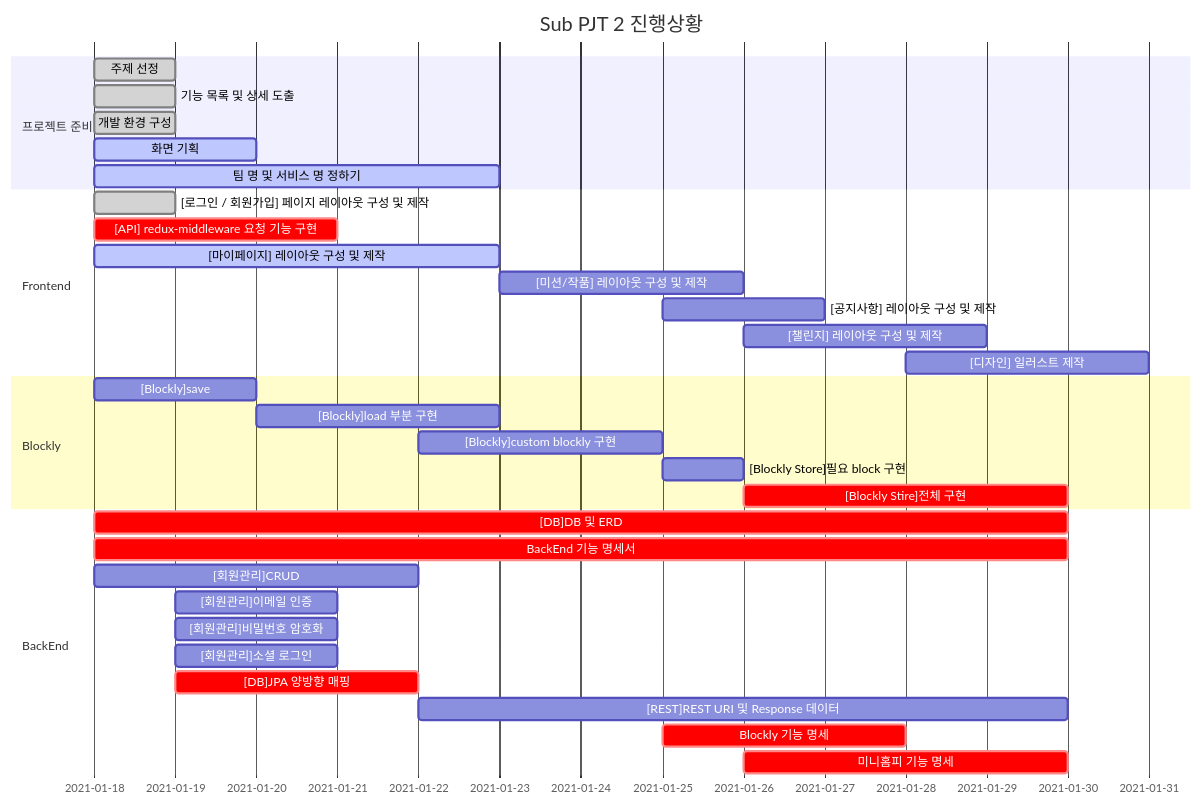
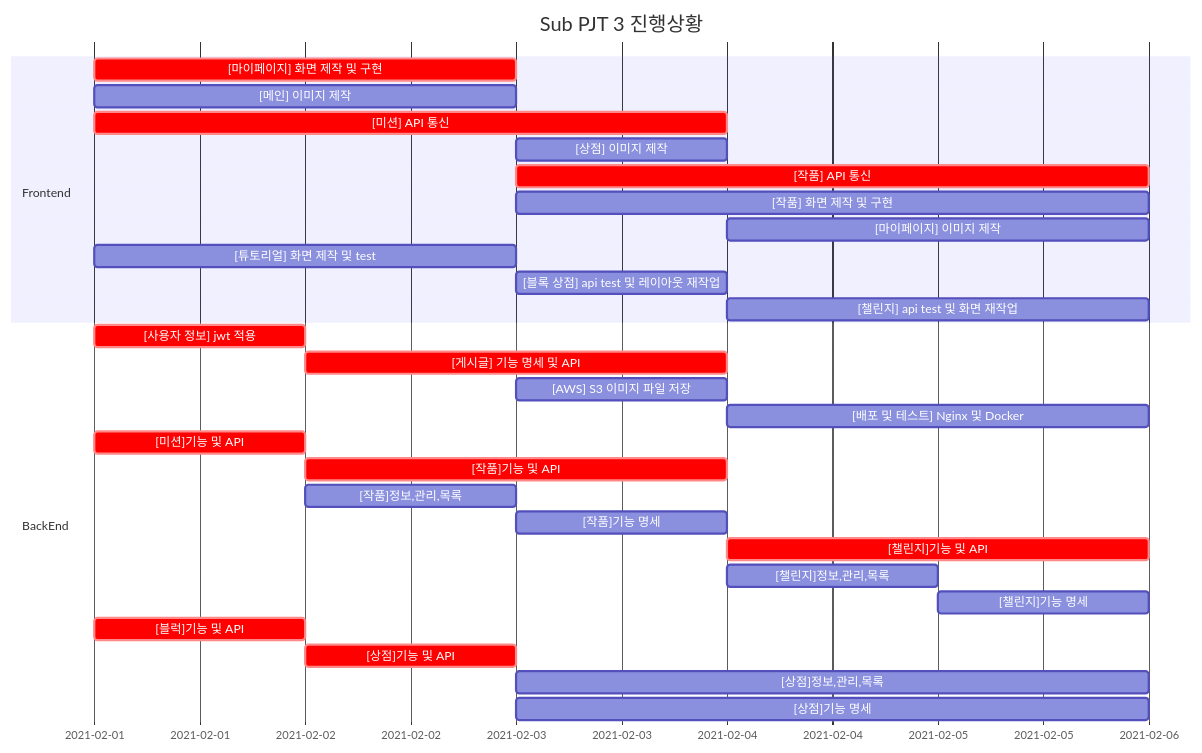
One commit to Lets-Do-Great/Block-Village changed the diagram in README.md. Above: the diagram before and after it, drawn with Mermaid. The commit also changed other lines of this file, not shown here.

````diff
--- a/README.md
+++ b/README.md
@@ -129,43 +125,36 @@
 ```mermaid
 gantt
     dateFormat  MM-DD
-    title       Sub PJT 2 진행상황
+    title       Sub PJT 3 진행상황
     %% excludes    weekends
     %% (`excludes` accepts specific dates in YYYY-MM-DD format, days of the week ("sunday") or "weekends", but not the word "weekdays".)
+    	
+	section Frontend
+    [마이페이지] 화면 제작 및 구현	:crit, 02-01, 2d
+    [메인] 이미지 제작	      	 :todo, 02-01, 2d
+    [미션] API 통신 	 	 :crit, 02-01, 3d
+    [상점] 이미지 제작		 	 :todo, 02-03, 1d
+    [작품] API 통신   	  		:crit, 02-03, 3d
+    [작품] 화면 제작 및 구현   	  		:todo, 02-03, 3d
+    [마이페이지] 이미지 제작	   	  		:todo, 02-04, 2d
+			[튜토리얼] 화면 제작 및 test       :todo, 02-01, 2d
+			[블록 상점] api test 및 레이아웃 재작업     :todo, 02-03, 1d
+		  [챌린지] api test 및 화면 재작업      :todo, 02-04, 2d
 
-    section 프로젝트 준비
-    주제 선정				  :done, 01-18, 1d
-    기능 목록 및 상세 도출			:done, 01-18, 1d
-    개발 환경 구성             			:done, 01-18, 1d
-    화면 기획				  :active, 01-18, 2d
-    팀 명 및 서비스 명 정하기			  :active, 01-18, 5d
-	
-	section Frontend
-    [로그인 / 회원가입] 페이지 레이아웃 구성 및 제작	:done, 01-18, 1d
-    [API] redux-middleware 요청 기능 구현	      	 :crit, 01-18, 3d
-    [마이페이지] 레이아웃 구성 및 제작 	 	 :active, 01-18, 5d
-    [미션/작품] 레이아웃 구성 및 제작		 	 :todo, 01-23, 3d
-    [공지사항] 레이아웃 구성 및 제작   	  		:todo, 01-25, 2d
-    [챌린지] 레이아웃 구성 및 제작   	  		:todo, 01-26, 3d
-    [디자인] 일러스트 제작	   	  		:todo, 01-28, 3d
-    
-    section Blockly
-    [Blockly]save				  :todo,  01-18, 2d
-    [Blockly]load 부분 구현			:todo, 01-20 , 3d
-    [Blockly]custom blockly 구현				  :todo, 01-22, 3d
-    [Blockly Store]필요 block 구현             :todo, 01-25, 1d
-	[Blockly Stire]전체 구현             :crit, 01-26, 4d
-
-    section BackEnd
-    [DB]DB 및 ERD				  :crit,  01-18, 12d
-    BackEnd 기능 명세서			:crit, 01-18 , 12d
-    [회원관리]CRUD				  :todo, 01-18, 4d
-    [회원관리]이메일 인증             :todo, 01-19, 2d
-	[회원관리]비밀번호 암호화            :todo, 01-19, 2d
-    [회원관리]소셜 로그인           :todo, 01-19, 2d
-    [DB]JPA 양방향 매핑           :crit, 01-19, 3d
-    [REST]REST URI 및 Response 데이터           :todo, 01-22, 8d
-    Blockly 기능 명세           :crit, 01-25, 3d
-    미니홈피 기능 명세           :crit, 01-26, 4d
-    
+  section BackEnd
+		  [사용자 정보] jwt 적용                  :crit,  02-01, 1d
+      [게시글] 기능 명세 및 API            :crit, 02-02 , 2d
+      [AWS] S3 이미지 파일 저장            :todo, 02-03 , 1d
+      [배포 및 테스트] Nginx 및 Docker            :todo, 02-04 , 2d
+    [미션]기능 및 API				  :crit,  02-01, 1d
+	    [작품]기능 및 API			:crit, 02-02 , 2d
+	    [작품]정보,관리,목록			:todo, 02-02 , 1d
+	    [작품]기능 명세			:todo, 02-03 , 1d
+	    [챌린지]기능 및 API				  :crit, 02-04, 2d
+	    [챌린지]정보,관리,목록			:todo, 02-04 , 1d
+	    [챌린지]기능 명세				:todo, 02-05 , 1d
+			[블럭]기능 및 API            :crit,  02-01, 1d
+			[상점]기능 및 API            :crit, 02-02 , 1d
+			[상점]정보,관리,목록      :todo, 02-03 , 3d
+			[상점]기능 명세               :todo, 02-03 , 3d
 ```
````
